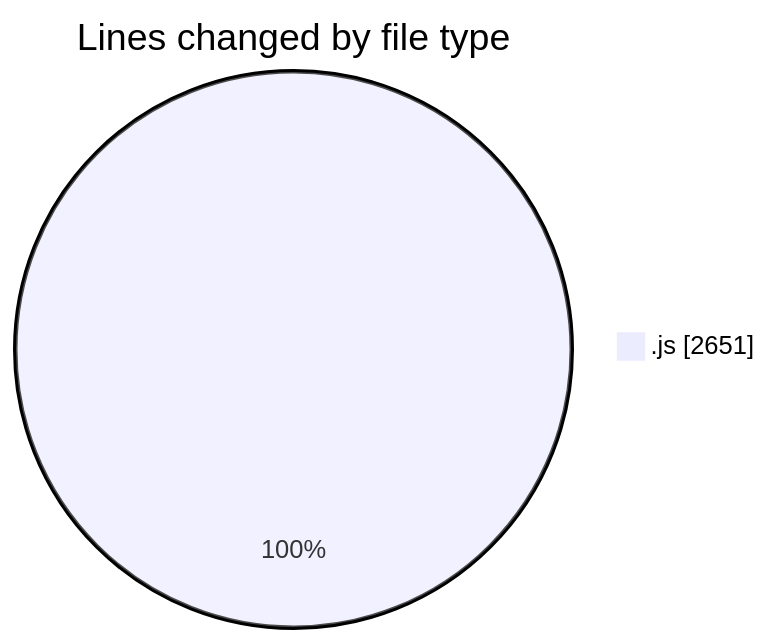
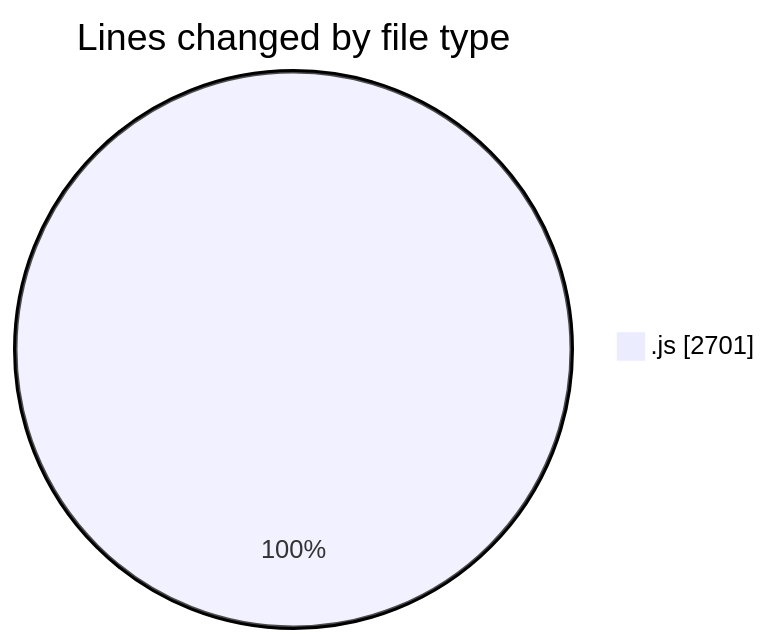
The first of 2 diagrams in 2025-09-03/nxtqube_webapp/README.md (nxtqubesakshisongat/code-tracking), drawn with Mermaid before and after one commit. The commit also changed other lines of this file and 1 other file, not shown here.

````diff
--- a/2025-09-03/nxtqube_webapp/README.md
+++ b/2025-09-03/nxtqube_webapp/README.md
@@ -20,5 +20,5 @@
 ```mermaid
 pie showData
 title Lines changed by file type
-".js" : 2651
+".js" : 2701
 ```
````
